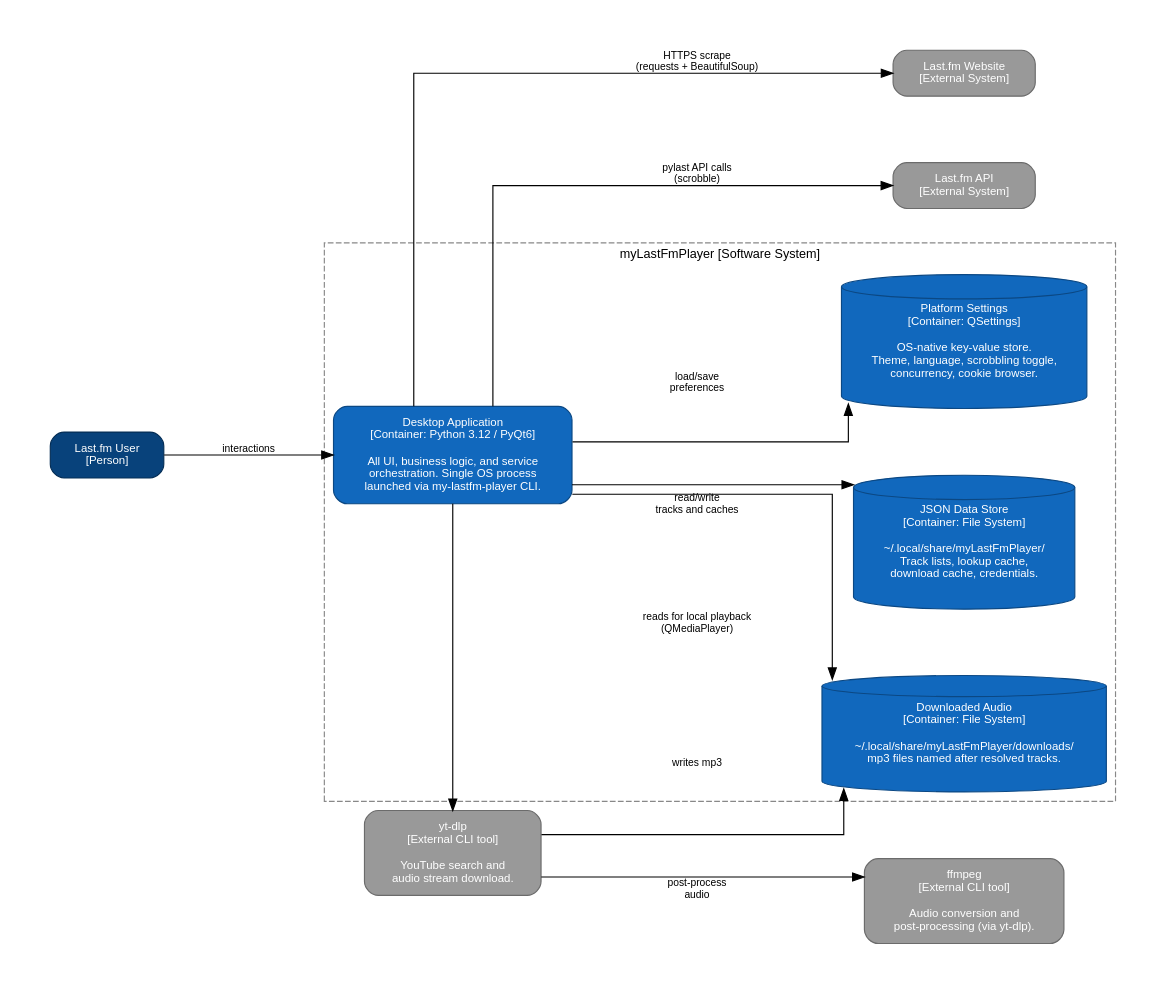
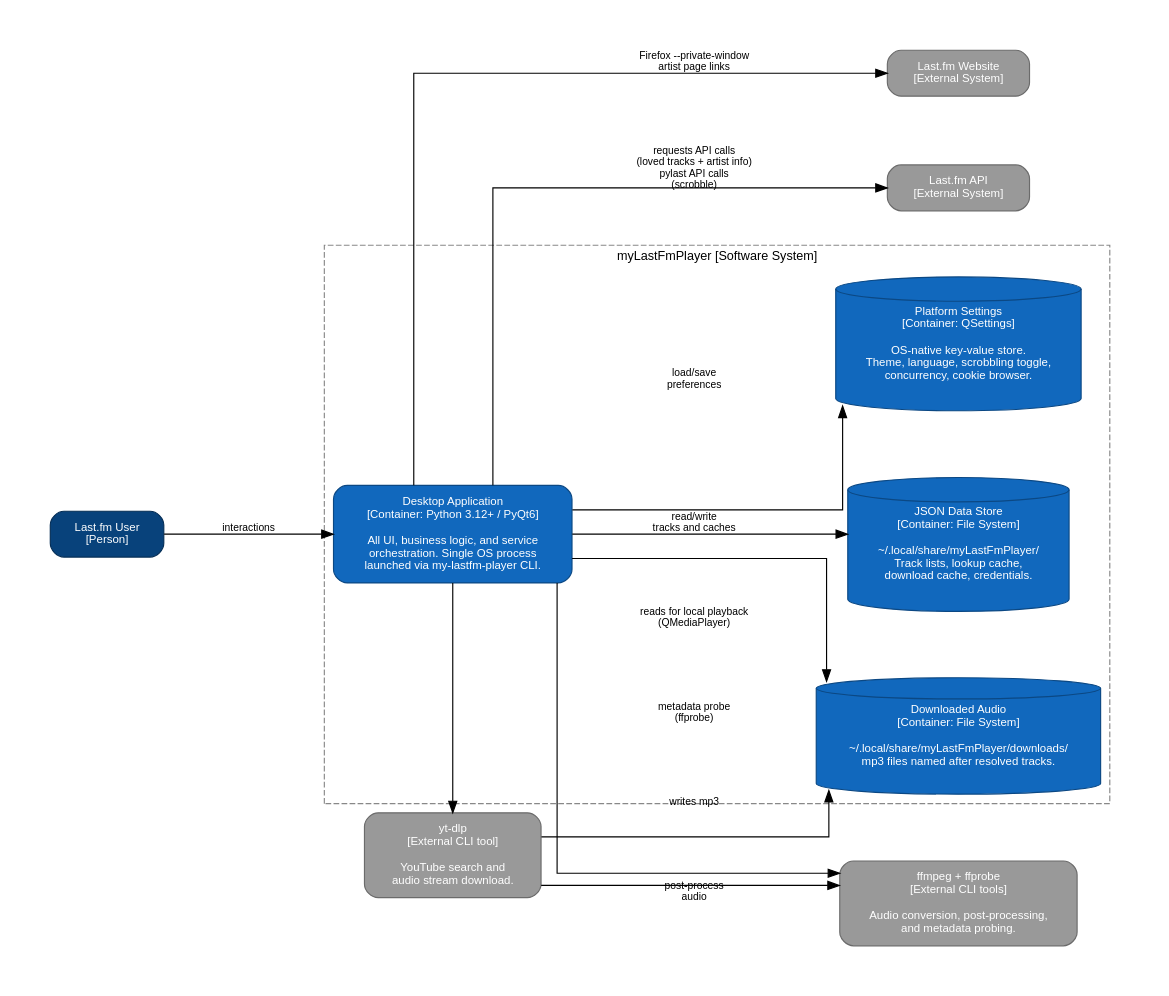
Before and after one commit to marcelpetrick/myLastFmPlayer: the second of 5 diagrams in docs/architecture.rst, drawn with Graphviz. The commit also changed other lines of this file and 9 other files, not shown here.

Commit message:
docs(architecture): refresh documentation diagrams (v0.0.136)

```diff
--- a/docs/architecture.rst
+++ b/docs/architecture.rst
@@ -56,59 +56,60 @@
 .. graphviz::
    :caption: Container view — processes, external tools, and storage
 
    digraph containers {
        graph [rankdir=LR, splines=ortho, pad=0.5, nodesep=0.8, ranksep=1.3];
        node [fontname="Helvetica", fontsize=10, margin="0.25,0.12"];
        edge [fontname="Helvetica", fontsize=9];
 
        user [label="Last.fm User\n[Person]",
              shape=box, style="rounded,filled",
              fillcolor="#08427b", fontcolor=white, color="#052e56"];
 
        subgraph cluster_system {
            label="myLastFmPlayer [Software System]";
            style=dashed; color="#888888"; fontname="Helvetica"; fontsize=11;
 
-           desktop [label="Desktop Application\n[Container: Python 3.12 / PyQt6]\n\nAll UI, business logic, and service\norchestration. Single OS process\nlaunched via my-lastfm-player CLI.",
+           desktop [label="Desktop Application\n[Container: Python 3.12+ / PyQt6]\n\nAll UI, business logic, and service\norchestration. Single OS process\nlaunched via my-lastfm-player CLI.",
                     shape=box, style="rounded,filled",
                     fillcolor="#1168bd", fontcolor=white, color="#0b4884"];
 
            json_store [label="JSON Data Store\n[Container: File System]\n\n~/.local/share/myLastFmPlayer/\nTrack lists, lookup cache,\ndownload cache, credentials.",
                        shape=cylinder, style="filled",
                        fillcolor="#1168bd", fontcolor=white, color="#0b4884"];
 
            audio_files [label="Downloaded Audio\n[Container: File System]\n\n~/.local/share/myLastFmPlayer/downloads/\nmp3 files named after resolved tracks.",
                         shape=cylinder, style="filled",
                         fillcolor="#1168bd", fontcolor=white, color="#0b4884"];
 
            qt_settings [label="Platform Settings\n[Container: QSettings]\n\nOS-native key-value store.\nTheme, language, scrobbling toggle,\nconcurrency, cookie browser.",
                         shape=cylinder, style="filled",
                         fillcolor="#1168bd", fontcolor=white, color="#0b4884"];
        }
 
        ytdlp  [label="yt-dlp\n[External CLI tool]\n\nYouTube search and\naudio stream download.",
                shape=box, style="rounded,filled",
                fillcolor="#999999", fontcolor=white, color="#6b6b6b"];
 
-       ffmpeg [label="ffmpeg\n[External CLI tool]\n\nAudio conversion and\npost-processing (via yt-dlp).",
+       ffmpeg [label="ffmpeg + ffprobe\n[External CLI tools]\n\nAudio conversion, post-processing,\nand metadata probing.",
                shape=box, style="rounded,filled",
                fillcolor="#999999", fontcolor=white, color="#6b6b6b"];
 
        lastfm_web [label="Last.fm Website\n[External System]",
                    shape=box, style="rounded,filled",
                    fillcolor="#999999", fontcolor=white, color="#6b6b6b"];
 
        lastfm_api [label="Last.fm API\n[External System]",
                    shape=box, style="rounded,filled",
                    fillcolor="#999999", fontcolor=white, color="#6b6b6b"];
 
        user     -> desktop    [label="interactions"];
        desktop  -> json_store [label="read/write\ntracks and caches"];
        desktop  -> audio_files[label="reads for local playback\n(QMediaPlayer)"];
        desktop  -> qt_settings[label="load/save\npreferences"];
        desktop  -> ytdlp      [label="subprocess\n(search + download)"];
+       desktop  -> ffmpeg      [label="metadata probe\n(ffprobe)"];
        ytdlp    -> ffmpeg      [label="post-process\naudio"];
        ytdlp    -> audio_files [label="writes mp3"];
-       desktop  -> lastfm_web  [label="HTTPS scrape\n(requests + BeautifulSoup)"];
-       desktop  -> lastfm_api  [label="pylast API calls\n(scrobble)"];
+       desktop  -> lastfm_api  [label="requests API calls\n(loved tracks + artist info)\npylast API calls\n(scrobble)"];
+       desktop  -> lastfm_web  [label="Firefox --private-window\nartist page links"];
    }
```
